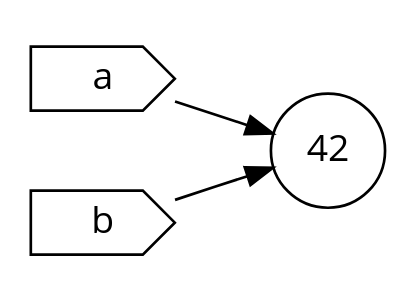
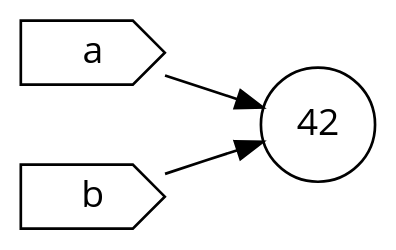
Before and after one commit to tarjeiba/promo: the second of 5 diagrams in org/promo.org, drawn with Graphviz. The commit also changed other lines of this file and 6 other files, not shown here.

```diff
--- a/org/promo.org
+++ b/org/promo.org
@@ -471,12 +472,13 @@
-#+BEGIN_SRC dot :file figurer/navn_dobbelt.png :cmdline -Kdot -Tpng :exports results
+#+BEGIN_SRC dot :file ../figurer/navn_dobbelt.png :cmdline -Kdot -Tpng :exports results
 digraph {
-rankdir=LR;
-splines=True;
-a [shape=cds, fontname="Open Sans"]
-b [shape=cds, fontname="Open Sans"]
-42 [shape=circle, fontname="Open Sans"]
+	graph [bgcolor="transparent"]
+	rankdir=LR;
+	splines=True;
+	a [shape=cds, fontname="Open Sans"]
+	b [shape=cds, fontname="Open Sans"]
+	42 [shape=circle, fontname="Open Sans"]
 
-a -> 42
-b -> 42
+	a -> 42
+	b -> 42
 }
 #+END_SRC
```
